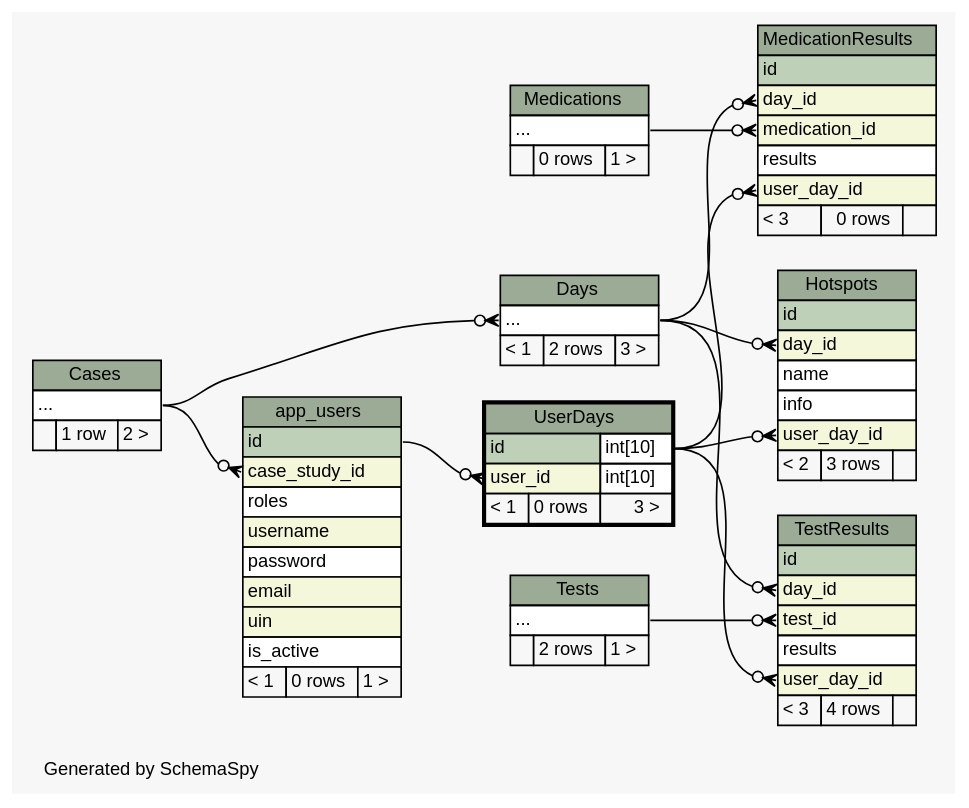
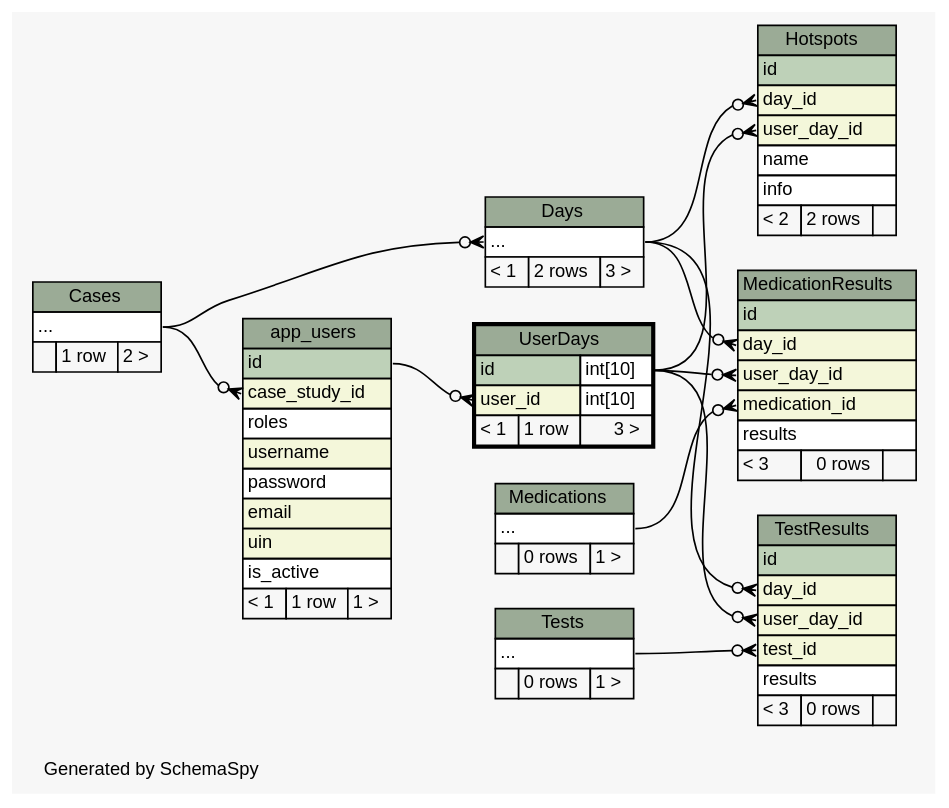
The diagram in web/files/schema/diagrams/UserDays.2degrees.dot (carrel2/CaseStudies), drawn with Graphviz before and after one commit. The commit also changed 75 other files, not shown here.

```diff
--- a/web/files/schema/diagrams/UserDays.2degrees.dot
+++ b/web/files/schema/diagrams/UserDays.2degrees.dot
@@ -1,143 +1,143 @@
 // dot 2.38.0 on Linux 4.4.0-64-generic
 // SchemaSpy rev 590
 digraph "twoDegreesRelationshipsDiagram" {
   graph [
     rankdir="RL"
     bgcolor="#f7f7f7"
     label="\nGenerated by SchemaSpy"
     labeljust="l"
     nodesep="0.18"
     ranksep="0.46"
     fontname="Helvetica"
     fontsize="11"
   ];
   node [
     fontname="Helvetica"
     fontsize="11"
     shape="plaintext"
   ];
   edge [
     arrowsize="0.8"
   ];
   "app_users":"case_study_id":w -> "Cases":"elipses":e [arrowhead=none dir=back arrowtail=crowodot];
   "Days":"elipses":w -> "Cases":"elipses":e [arrowhead=none dir=back arrowtail=crowodot];
   "Hotspots":"day_id":w -> "Days":"elipses":e [arrowhead=none dir=back arrowtail=crowodot];
   "Hotspots":"user_day_id":w -> "UserDays":"id.type":e [arrowhead=none dir=back arrowtail=crowodot];
   "MedicationResults":"day_id":w -> "Days":"elipses":e [arrowhead=none dir=back arrowtail=crowodot];
   "MedicationResults":"medication_id":w -> "Medications":"elipses":e [arrowhead=none dir=back arrowtail=crowodot];
   "MedicationResults":"user_day_id":w -> "UserDays":"id.type":e [arrowhead=none dir=back arrowtail=crowodot];
   "TestResults":"day_id":w -> "Days":"elipses":e [arrowhead=none dir=back arrowtail=crowodot];
   "TestResults":"test_id":w -> "Tests":"elipses":e [arrowhead=none dir=back arrowtail=crowodot];
   "TestResults":"user_day_id":w -> "UserDays":"id.type":e [arrowhead=none dir=back arrowtail=crowodot];
   "UserDays":"user_id":w -> "app_users":"id":e [arrowhead=none dir=back arrowtail=crowodot];
   "app_users" [
     label=<
     <TABLE BORDER="0" CELLBORDER="1" CELLSPACING="0" BGCOLOR="#ffffff">
       <TR><TD COLSPAN="3" BGCOLOR="#9bab96" ALIGN="CENTER">app_users</TD></TR>
       <TR><TD PORT="id" COLSPAN="3" BGCOLOR="#bed1b8" ALIGN="LEFT">id</TD></TR>
       <TR><TD PORT="case_study_id" COLSPAN="3" BGCOLOR="#f4f7da" ALIGN="LEFT">case_study_id</TD></TR>
       <TR><TD PORT="roles" COLSPAN="3" ALIGN="LEFT">roles</TD></TR>
       <TR><TD PORT="username" COLSPAN="3" BGCOLOR="#f4f7da" ALIGN="LEFT">username</TD></TR>
       <TR><TD PORT="password" COLSPAN="3" ALIGN="LEFT">password</TD></TR>
       <TR><TD PORT="email" COLSPAN="3" BGCOLOR="#f4f7da" ALIGN="LEFT">email</TD></TR>
       <TR><TD PORT="uin" COLSPAN="3" BGCOLOR="#f4f7da" ALIGN="LEFT">uin</TD></TR>
       <TR><TD PORT="is_active" COLSPAN="3" ALIGN="LEFT">is_active</TD></TR>
-      <TR><TD ALIGN="LEFT" BGCOLOR="#f7f7f7">&lt; 1</TD><TD ALIGN="RIGHT" BGCOLOR="#f7f7f7">0 rows</TD><TD ALIGN="RIGHT" BGCOLOR="#f7f7f7">1 &gt;</TD></TR>
+      <TR><TD ALIGN="LEFT" BGCOLOR="#f7f7f7">&lt; 1</TD><TD ALIGN="RIGHT" BGCOLOR="#f7f7f7">1 row</TD><TD ALIGN="RIGHT" BGCOLOR="#f7f7f7">1 &gt;</TD></TR>
     </TABLE>>
     URL="app_users.html"
     tooltip="app_users"
   ];
   "Cases" [
     label=<
     <TABLE BORDER="0" CELLBORDER="1" CELLSPACING="0" BGCOLOR="#ffffff">
       <TR><TD COLSPAN="3" BGCOLOR="#9bab96" ALIGN="CENTER">Cases</TD></TR>
       <TR><TD PORT="elipses" COLSPAN="3" ALIGN="LEFT">...</TD></TR>
       <TR><TD ALIGN="LEFT" BGCOLOR="#f7f7f7">  </TD><TD ALIGN="RIGHT" BGCOLOR="#f7f7f7">1 row</TD><TD ALIGN="RIGHT" BGCOLOR="#f7f7f7">2 &gt;</TD></TR>
     </TABLE>>
     URL="Cases.html"
     tooltip="Cases"
   ];
   "Days" [
     label=<
     <TABLE BORDER="0" CELLBORDER="1" CELLSPACING="0" BGCOLOR="#ffffff">
       <TR><TD COLSPAN="3" BGCOLOR="#9bab96" ALIGN="CENTER">Days</TD></TR>
       <TR><TD PORT="elipses" COLSPAN="3" ALIGN="LEFT">...</TD></TR>
       <TR><TD ALIGN="LEFT" BGCOLOR="#f7f7f7">&lt; 1</TD><TD ALIGN="RIGHT" BGCOLOR="#f7f7f7">2 rows</TD><TD ALIGN="RIGHT" BGCOLOR="#f7f7f7">3 &gt;</TD></TR>
     </TABLE>>
     URL="Days.html"
     tooltip="Days"
   ];
   "Hotspots" [
     label=<
     <TABLE BORDER="0" CELLBORDER="1" CELLSPACING="0" BGCOLOR="#ffffff">
       <TR><TD COLSPAN="3" BGCOLOR="#9bab96" ALIGN="CENTER">Hotspots</TD></TR>
       <TR><TD PORT="id" COLSPAN="3" BGCOLOR="#bed1b8" ALIGN="LEFT">id</TD></TR>
       <TR><TD PORT="day_id" COLSPAN="3" BGCOLOR="#f4f7da" ALIGN="LEFT">day_id</TD></TR>
+      <TR><TD PORT="user_day_id" COLSPAN="3" BGCOLOR="#f4f7da" ALIGN="LEFT">user_day_id</TD></TR>
       <TR><TD PORT="name" COLSPAN="3" ALIGN="LEFT">name</TD></TR>
       <TR><TD PORT="info" COLSPAN="3" ALIGN="LEFT">info</TD></TR>
-      <TR><TD PORT="user_day_id" COLSPAN="3" BGCOLOR="#f4f7da" ALIGN="LEFT">user_day_id</TD></TR>
-      <TR><TD ALIGN="LEFT" BGCOLOR="#f7f7f7">&lt; 2</TD><TD ALIGN="RIGHT" BGCOLOR="#f7f7f7">3 rows</TD><TD ALIGN="RIGHT" BGCOLOR="#f7f7f7">  </TD></TR>
+      <TR><TD ALIGN="LEFT" BGCOLOR="#f7f7f7">&lt; 2</TD><TD ALIGN="RIGHT" BGCOLOR="#f7f7f7">2 rows</TD><TD ALIGN="RIGHT" BGCOLOR="#f7f7f7">  </TD></TR>
     </TABLE>>
     URL="Hotspots.html"
     tooltip="Hotspots"
   ];
   "MedicationResults" [
     label=<
     <TABLE BORDER="0" CELLBORDER="1" CELLSPACING="0" BGCOLOR="#ffffff">
       <TR><TD COLSPAN="3" BGCOLOR="#9bab96" ALIGN="CENTER">MedicationResults</TD></TR>
       <TR><TD PORT="id" COLSPAN="3" BGCOLOR="#bed1b8" ALIGN="LEFT">id</TD></TR>
       <TR><TD PORT="day_id" COLSPAN="3" BGCOLOR="#f4f7da" ALIGN="LEFT">day_id</TD></TR>
+      <TR><TD PORT="user_day_id" COLSPAN="3" BGCOLOR="#f4f7da" ALIGN="LEFT">user_day_id</TD></TR>
       <TR><TD PORT="medication_id" COLSPAN="3" BGCOLOR="#f4f7da" ALIGN="LEFT">medication_id</TD></TR>
       <TR><TD PORT="results" COLSPAN="3" ALIGN="LEFT">results</TD></TR>
-      <TR><TD PORT="user_day_id" COLSPAN="3" BGCOLOR="#f4f7da" ALIGN="LEFT">user_day_id</TD></TR>
       <TR><TD ALIGN="LEFT" BGCOLOR="#f7f7f7">&lt; 3</TD><TD ALIGN="RIGHT" BGCOLOR="#f7f7f7">0 rows</TD><TD ALIGN="RIGHT" BGCOLOR="#f7f7f7">  </TD></TR>
     </TABLE>>
     URL="MedicationResults.html"
     tooltip="MedicationResults"
   ];
   "Medications" [
     label=<
     <TABLE BORDER="0" CELLBORDER="1" CELLSPACING="0" BGCOLOR="#ffffff">
       <TR><TD COLSPAN="3" BGCOLOR="#9bab96" ALIGN="CENTER">Medications</TD></TR>
       <TR><TD PORT="elipses" COLSPAN="3" ALIGN="LEFT">...</TD></TR>
       <TR><TD ALIGN="LEFT" BGCOLOR="#f7f7f7">  </TD><TD ALIGN="RIGHT" BGCOLOR="#f7f7f7">0 rows</TD><TD ALIGN="RIGHT" BGCOLOR="#f7f7f7">1 &gt;</TD></TR>
     </TABLE>>
     URL="Medications.html"
     tooltip="Medications"
   ];
   "TestResults" [
     label=<
     <TABLE BORDER="0" CELLBORDER="1" CELLSPACING="0" BGCOLOR="#ffffff">
       <TR><TD COLSPAN="3" BGCOLOR="#9bab96" ALIGN="CENTER">TestResults</TD></TR>
       <TR><TD PORT="id" COLSPAN="3" BGCOLOR="#bed1b8" ALIGN="LEFT">id</TD></TR>
       <TR><TD PORT="day_id" COLSPAN="3" BGCOLOR="#f4f7da" ALIGN="LEFT">day_id</TD></TR>
+      <TR><TD PORT="user_day_id" COLSPAN="3" BGCOLOR="#f4f7da" ALIGN="LEFT">user_day_id</TD></TR>
       <TR><TD PORT="test_id" COLSPAN="3" BGCOLOR="#f4f7da" ALIGN="LEFT">test_id</TD></TR>
       <TR><TD PORT="results" COLSPAN="3" ALIGN="LEFT">results</TD></TR>
-      <TR><TD PORT="user_day_id" COLSPAN="3" BGCOLOR="#f4f7da" ALIGN="LEFT">user_day_id</TD></TR>
-      <TR><TD ALIGN="LEFT" BGCOLOR="#f7f7f7">&lt; 3</TD><TD ALIGN="RIGHT" BGCOLOR="#f7f7f7">4 rows</TD><TD ALIGN="RIGHT" BGCOLOR="#f7f7f7">  </TD></TR>
+      <TR><TD ALIGN="LEFT" BGCOLOR="#f7f7f7">&lt; 3</TD><TD ALIGN="RIGHT" BGCOLOR="#f7f7f7">0 rows</TD><TD ALIGN="RIGHT" BGCOLOR="#f7f7f7">  </TD></TR>
     </TABLE>>
     URL="TestResults.html"
     tooltip="TestResults"
   ];
   "Tests" [
     label=<
     <TABLE BORDER="0" CELLBORDER="1" CELLSPACING="0" BGCOLOR="#ffffff">
       <TR><TD COLSPAN="3" BGCOLOR="#9bab96" ALIGN="CENTER">Tests</TD></TR>
       <TR><TD PORT="elipses" COLSPAN="3" ALIGN="LEFT">...</TD></TR>
-      <TR><TD ALIGN="LEFT" BGCOLOR="#f7f7f7">  </TD><TD ALIGN="RIGHT" BGCOLOR="#f7f7f7">2 rows</TD><TD ALIGN="RIGHT" BGCOLOR="#f7f7f7">1 &gt;</TD></TR>
+      <TR><TD ALIGN="LEFT" BGCOLOR="#f7f7f7">  </TD><TD ALIGN="RIGHT" BGCOLOR="#f7f7f7">0 rows</TD><TD ALIGN="RIGHT" BGCOLOR="#f7f7f7">1 &gt;</TD></TR>
     </TABLE>>
     URL="Tests.html"
     tooltip="Tests"
   ];
   "UserDays" [
     label=<
     <TABLE BORDER="2" CELLBORDER="1" CELLSPACING="0" BGCOLOR="#ffffff">
       <TR><TD COLSPAN="3" BGCOLOR="#9bab96" ALIGN="CENTER">UserDays</TD></TR>
       <TR><TD PORT="id" COLSPAN="2" BGCOLOR="#bed1b8" ALIGN="LEFT">id</TD><TD PORT="id.type" ALIGN="LEFT">int[10]</TD></TR>
       <TR><TD PORT="user_id" COLSPAN="2" BGCOLOR="#f4f7da" ALIGN="LEFT">user_id</TD><TD PORT="user_id.type" ALIGN="LEFT">int[10]</TD></TR>
-      <TR><TD ALIGN="LEFT" BGCOLOR="#f7f7f7">&lt; 1</TD><TD ALIGN="RIGHT" BGCOLOR="#f7f7f7">0 rows</TD><TD ALIGN="RIGHT" BGCOLOR="#f7f7f7">3 &gt;</TD></TR>
+      <TR><TD ALIGN="LEFT" BGCOLOR="#f7f7f7">&lt; 1</TD><TD ALIGN="RIGHT" BGCOLOR="#f7f7f7">1 row</TD><TD ALIGN="RIGHT" BGCOLOR="#f7f7f7">3 &gt;</TD></TR>
     </TABLE>>
     URL="UserDays.html"
     tooltip="UserDays"
   ];
 }
```
